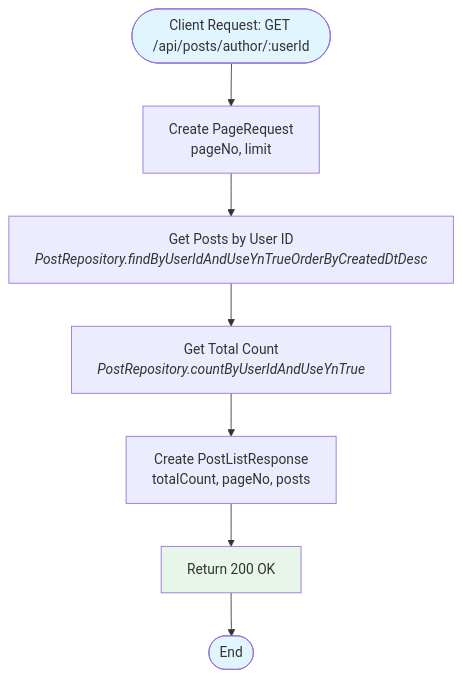
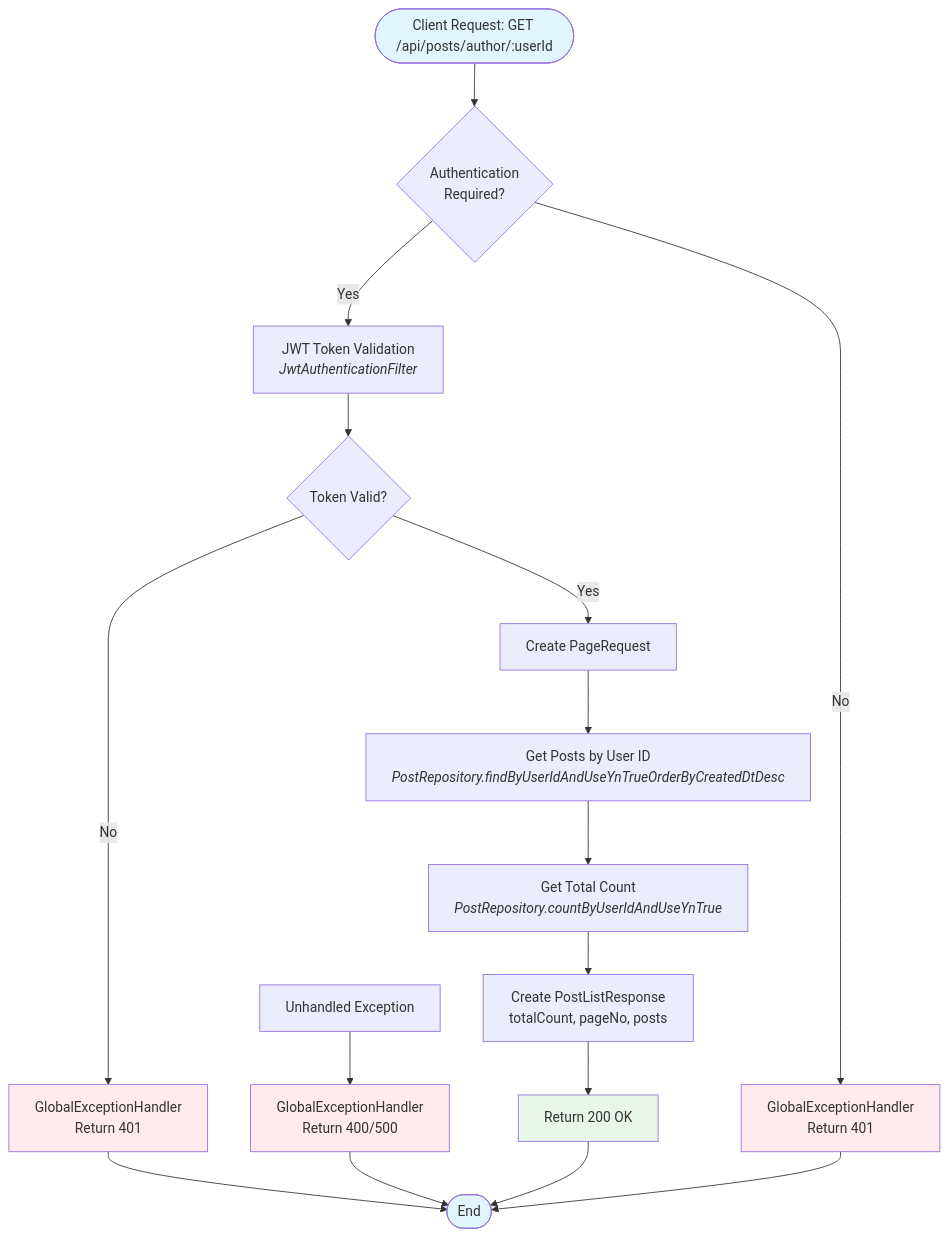
The diagram in doc/post/PostController/getPostsByAuthor-flowchart.md (RKS-t/JungleBook), drawn with Mermaid before and after one commit. The commit also changed 18 other files, not shown here.

First line of the commit message:
docs: update Mermaid charts for CQRS services

````diff
--- a/doc/post/PostController/getPostsByAuthor-flowchart.md
+++ b/doc/post/PostController/getPostsByAuthor-flowchart.md
@@ -3,17 +3,31 @@
 ```mermaid
 flowchart TD
-    Start([Client Request: GET /api/posts/author/:userId]) --> CreatePageable[Create PageRequest<br/>pageNo, limit]
+    Start([Client Request: GET /api/posts/author/:userId]) --> AuthCheck{Authentication<br/>Required?}
+    AuthCheck -->|Yes| JWTValidate[JWT Token Validation<br/><i>JwtAuthenticationFilter</i>]
+    AuthCheck -->|No| GlobalExceptionHandler1[GlobalExceptionHandler<br/>Return 401]
+    
+    JWTValidate --> TokenValid{Token Valid?}
+    TokenValid -->|No| GlobalExceptionHandler2[GlobalExceptionHandler<br/>Return 401]
+    TokenValid -->|Yes| CreatePageable[Create PageRequest]
     
     CreatePageable --> GetPosts[Get Posts by User ID<br/><i>PostRepository.findByUserIdAndUseYnTrueOrderByCreatedDtDesc</i>]
     
     GetPosts --> GetCount[Get Total Count<br/><i>PostRepository.countByUserIdAndUseYnTrue</i>]
     
     GetCount --> CreateResponse[Create PostListResponse<br/>totalCount, pageNo, posts]
     CreateResponse --> Return200[Return 200 OK]
     
     Return200 --> End([End])
+    GlobalExceptionHandler1 --> End
+    GlobalExceptionHandler2 --> End
+    
+    ErrorPath[Unhandled Exception] --> GlobalExceptionHandler3[GlobalExceptionHandler<br/>Return 400/500]
+    GlobalExceptionHandler3 --> End
     
     style Start fill:#e1f5ff
     style End fill:#e1f5ff
     style Return200 fill:#e8f5e9
+    style GlobalExceptionHandler1 fill:#ffebee
+    style GlobalExceptionHandler2 fill:#ffebee
+    style GlobalExceptionHandler3 fill:#ffebee
 ```
````
